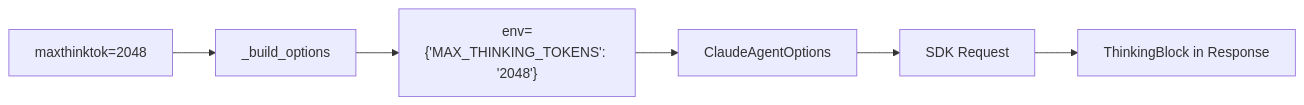
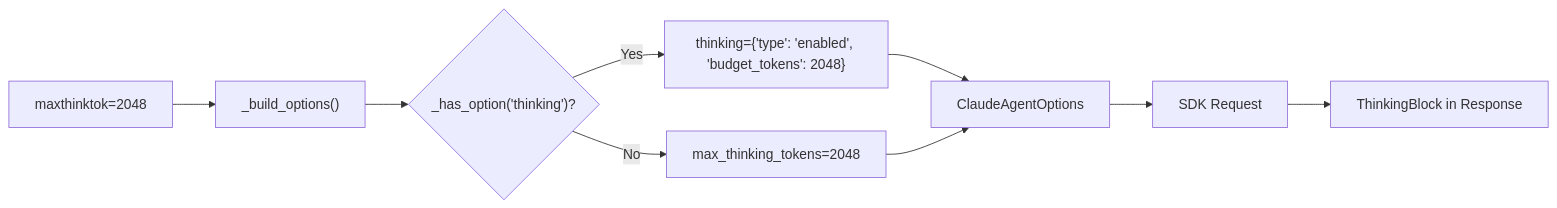
The eighth of 17 diagrams in docs/how_it_works.md (sgaseretto/claudette-agent), drawn with Mermaid before and after one commit. The commit also changed other lines of this file and 8 other files, not shown here.

````diff
--- a/docs/how_it_works.md
+++ b/docs/how_it_works.md
@@ -161,8 +238,11 @@
 ```mermaid
 flowchart LR
-    A[maxthinktok=2048] --> B[_build_options]
-    B --> C["env={'MAX_THINKING_TOKENS': '2048'}"]
-    C --> D[ClaudeAgentOptions]
-    D --> E[SDK Request]
-    E --> F[ThinkingBlock in Response]
+    A[maxthinktok=2048] --> B["_build_options()"]
+    B --> C{"_has_option('thinking')?"}
+    C -->|Yes| D["thinking={'type': 'enabled', 'budget_tokens': 2048}"]
+    C -->|No| E["max_thinking_tokens=2048"]
+    D --> F[ClaudeAgentOptions]
+    E --> F
+    F --> G[SDK Request]
+    G --> H[ThinkingBlock in Response]
 ```
````
